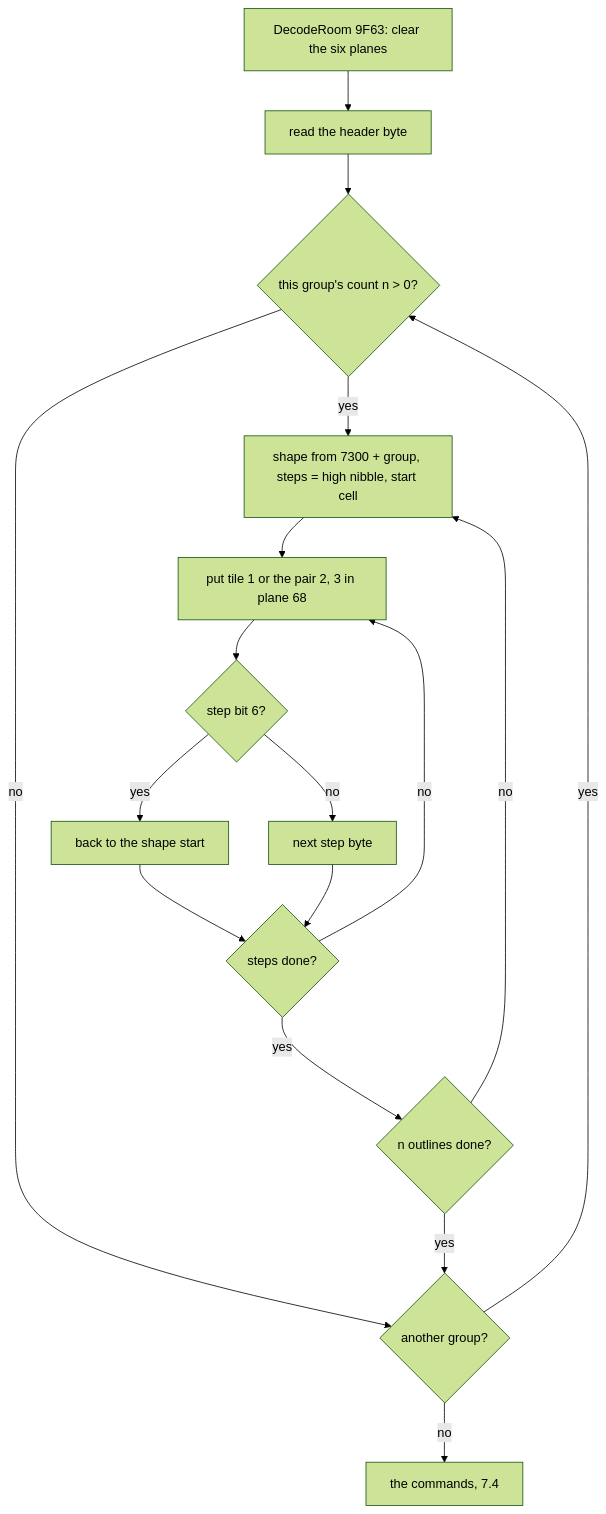
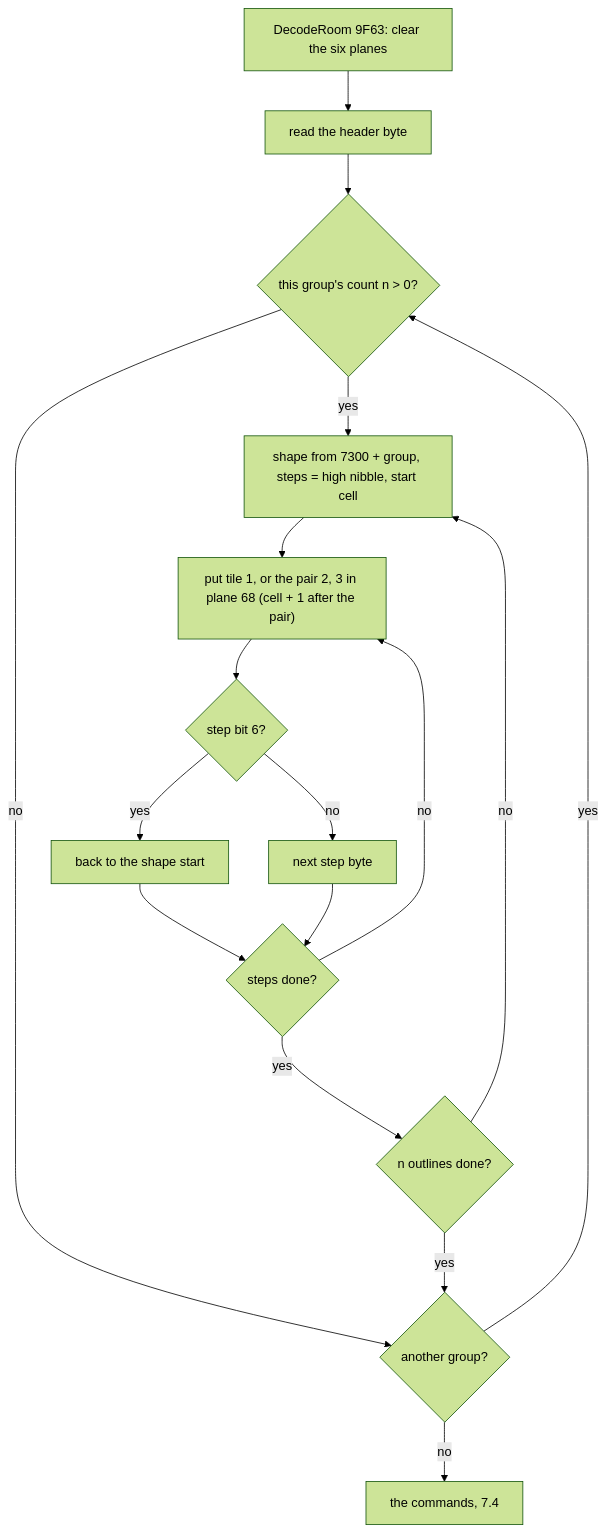
The first of 17 diagrams in games/switchblade/docs/07-objects.md (alfishe/unrealng-reverse-cases), drawn with Mermaid (forest theme) before and after one commit. The commit also changed other lines of this file and 47 other files, not shown here.

````diff
--- a/games/switchblade/docs/07-objects.md
+++ b/games/switchblade/docs/07-objects.md
@@ -229,19 +232,19 @@
 ```mermaid
 flowchart TD
     A["DecodeRoom 9F63: clear the six planes"] --> B["read the header byte"]
     B --> C{"this group's count n > 0?"}
     C -- no --> G{"another group?"}
     C -- yes --> D["shape from 7300 + group, steps = high nibble, start cell"]
-    D --> E["put tile 1 or the pair 2, 3 in plane 68"]
+    D --> E["put tile 1, or the pair 2, 3 in plane 68 (cell + 1 after the pair)"]
     E --> F{"step bit 6?"}
     F -- yes --> F2["back to the shape start"]
     F -- no --> F3["next step byte"]
     F2 --> H{"steps done?"}
     F3 --> H
     H -- no --> E
     H -- yes --> I{"n outlines done?"}
     I -- no --> D
     I -- yes --> G
     G -- yes --> C
     G -- no --> J["the commands, 7.4"]
 ```
````
